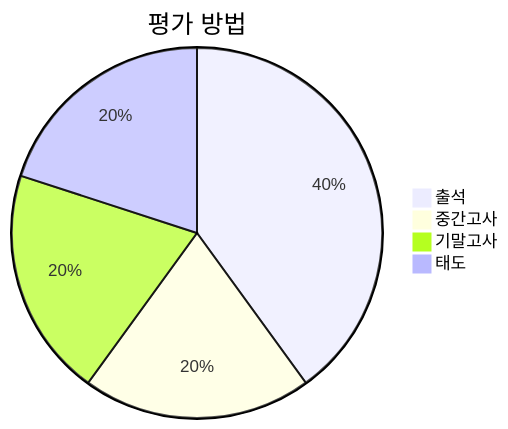
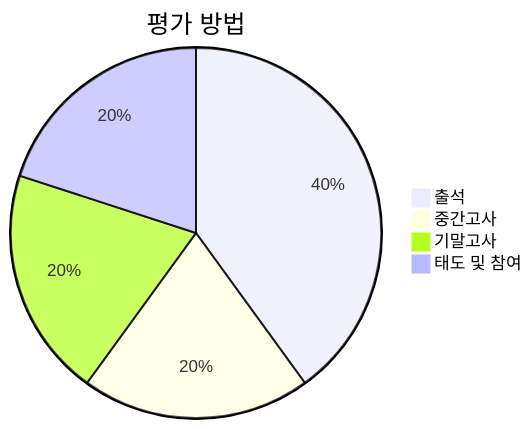
Before and after one commit to youngung/youngung.github.io: the second of 4 diagrams in _lectures/1_2_data_mse.md, drawn with Mermaid. The commit also changed other lines of this file and 13 other files, not shown here.

````diff
--- a/_lectures/1_2_data_mse.md
+++ b/_lectures/1_2_data_mse.md
@@ -192,7 +192,7 @@
 ```mermaid
 pie title 평가 방법
     "출석" : 40
     "중간고사" : 20
     "기말고사" : 20
-    "태도" : 20
+    "태도 및 참여" : 20
 ```
````
